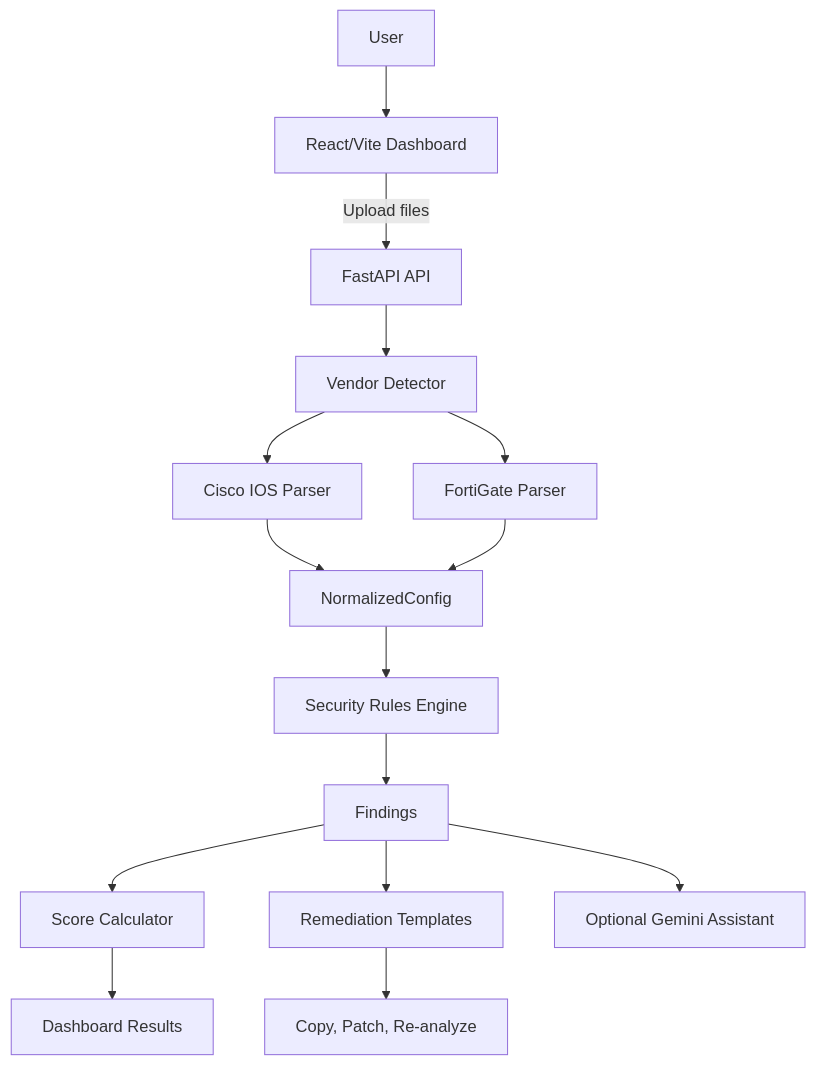
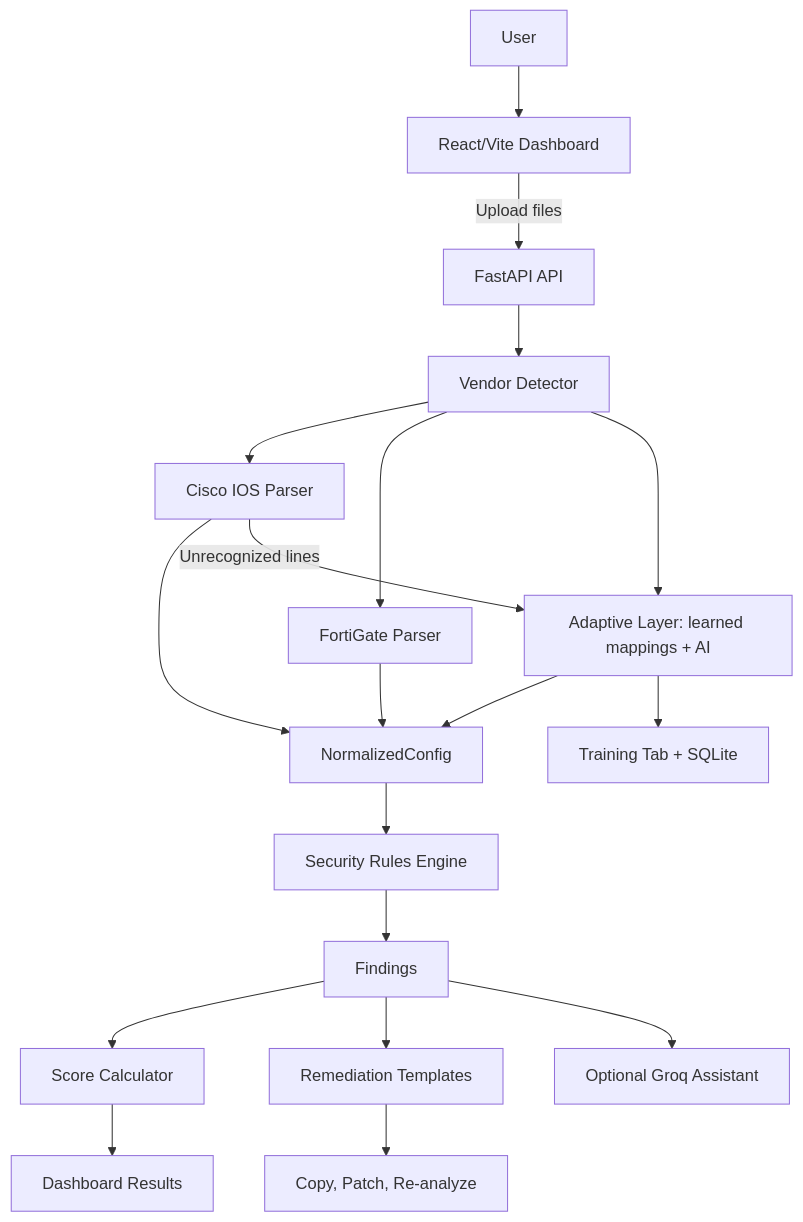
One commit to astrilo-monk/sih-26155 changed the diagram in docs/project-overview.md. Above: the diagram before and after it, drawn with Mermaid. The commit also changed other lines of this file and 55 other files, not shown here.

````diff
--- a/docs/project-overview.md
+++ b/docs/project-overview.md
@@ -25,17 +25,21 @@
 ```mermaid
 flowchart TD
     User[User] --> Frontend[React/Vite Dashboard]
     Frontend -->|Upload files| API[FastAPI API]
     API --> Detector[Vendor Detector]
     Detector --> Cisco[Cisco IOS Parser]
     Detector --> Fortinet[FortiGate Parser]
+    Detector --> Adaptive[Adaptive Layer: learned mappings + AI]
     Cisco --> Normalized[NormalizedConfig]
     Fortinet --> Normalized
+    Cisco --> |Unrecognized lines| Adaptive
+    Adaptive --> Normalized
+    Adaptive --> Training[Training Tab + SQLite]
     Normalized --> Rules[Security Rules Engine]
     Rules --> Findings[Findings]
     Findings --> Score[Score Calculator]
     Score --> Dashboard[Dashboard Results]
     Findings --> Templates[Remediation Templates]
     Templates --> Verify[Copy, Patch, Re-analyze]
-    Findings --> AI[Optional Gemini Assistant]
+    Findings --> AI[Optional Groq Assistant]
 ```
````
